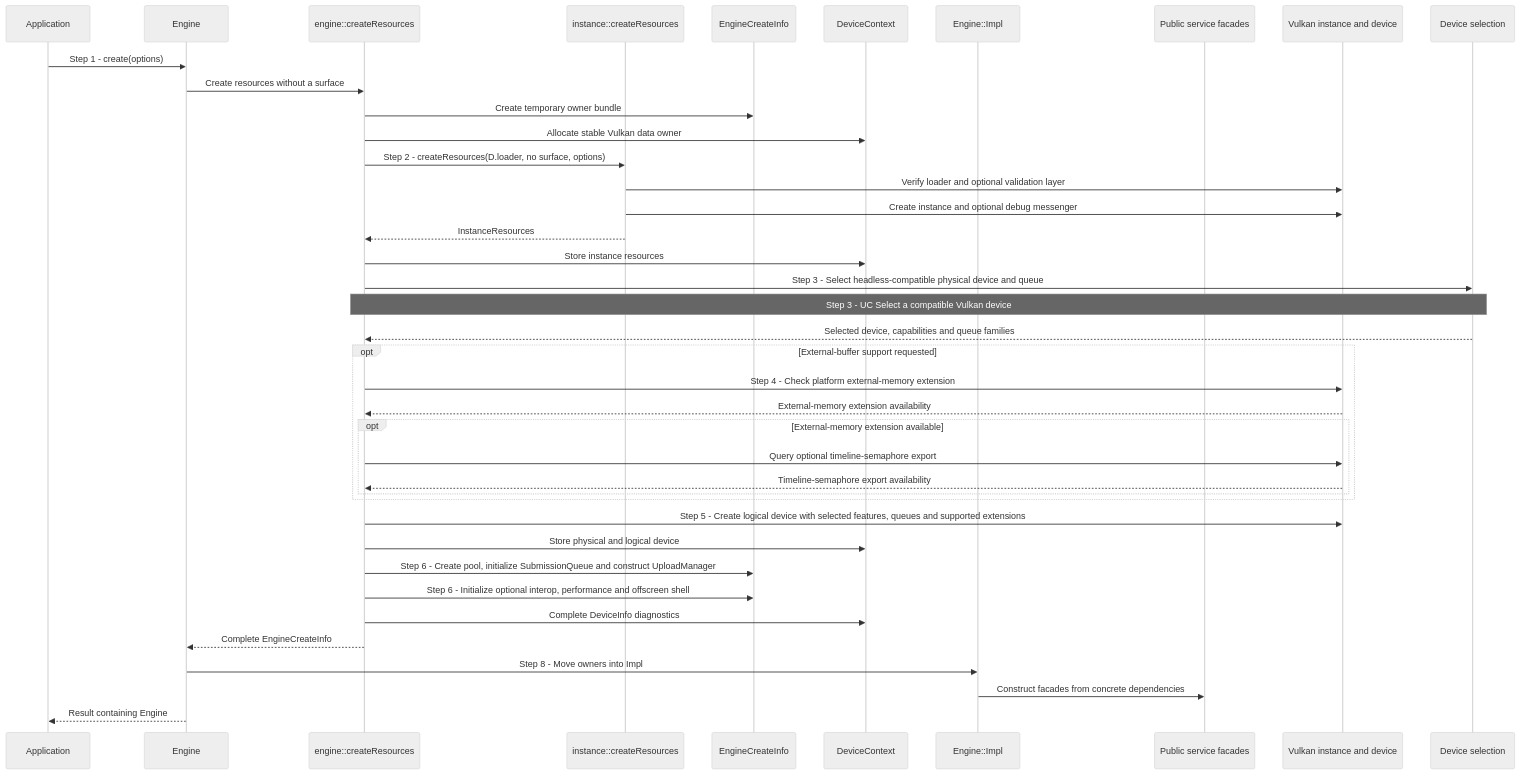
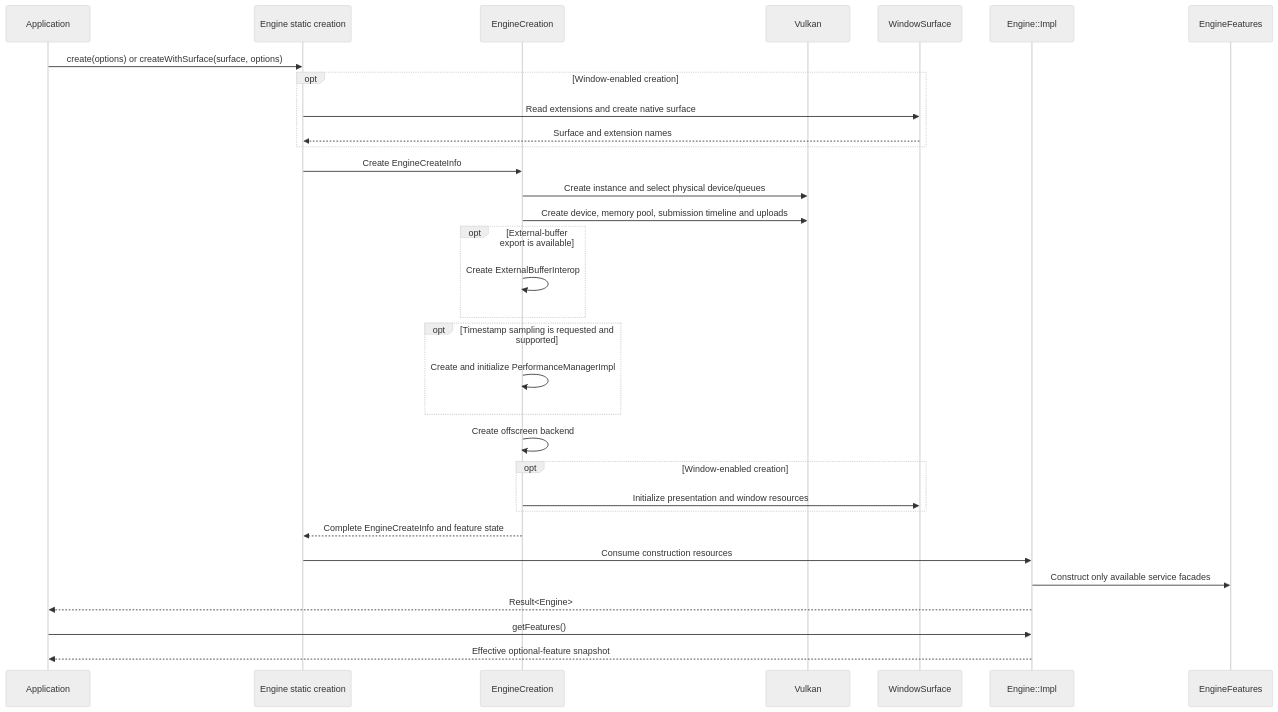
The diagram in docs/use-cases/create-context.md (a-soltysik/Panda), drawn with Mermaid (neutral theme) before and after one commit. The commit also changed other lines of this file and 83 other files, not shown here.

Commit message:
Report optional Engine features and guard unavailable services (#130)

````diff
--- a/docs/use-cases/create-context.md
+++ b/docs/use-cases/create-context.md
@@ -70,42 +62,34 @@
 ```mermaid
 sequenceDiagram
     participant A as Application
-    participant C as Engine
-    participant F as engine::createResources
-    participant X as instance::createResources
-    participant R as EngineCreateInfo
-    participant D as DeviceContext
+    participant E as Engine static creation
+    participant C as EngineCreation
+    participant V as Vulkan
+    participant W as WindowSurface
     participant I as Engine::Impl
-    participant S as Public service facades
-    participant V as Vulkan instance and device
-    participant Q as Device selection
-    A->>C: Step 1 - create(options)
-    C->>F: Create resources without a surface
-    F->>R: Create temporary owner bundle
-    F->>D: Allocate stable Vulkan data owner
-    F->>X: Step 2 - createResources(D.loader, no surface, options)
-    X->>V: Verify loader and optional validation layer
-    X->>V: Create instance and optional debug messenger
-    X-->>F: InstanceResources
-    F->>D: Store instance resources
-    F->>Q: Step 3 - Select headless-compatible physical device and queue
-    Note over F,Q: Step 3 - UC Select a compatible Vulkan device
-    Q-->>F: Selected device, capabilities and queue families
-    opt External-buffer support requested
-        F->>V: Step 4 - Check platform external-memory extension
-        V-->>F: External-memory extension availability
-        opt External-memory extension available
-            F->>V: Query optional timeline-semaphore export
-            V-->>F: Timeline-semaphore export availability
-        end
+    participant F as EngineFeatures
+    A->>E: create(options) or createWithSurface(surface, options)
+    opt Window-enabled creation
+        E->>W: Read extensions and create native surface
+        W-->>E: Surface and extension names
     end
-    F->>V: Step 5 - Create logical device with selected features, queues and supported extensions
-    F->>D: Store physical and logical device
-    F->>R: Step 6 - Create pool, initialize SubmissionQueue and construct UploadManager
-    F->>R: Step 6 - Initialize optional interop, performance and offscreen shell
-    F->>D: Complete DeviceInfo diagnostics
-    F-->>C: Complete EngineCreateInfo
-    C->>I: Step 8 - Move owners into Impl
-    I->>S: Construct facades from concrete dependencies
-    C-->>A: Result containing Engine
+    E->>C: Create EngineCreateInfo
+    C->>V: Create instance and select physical device/queues
+    C->>V: Create device, memory pool, submission timeline and uploads
+    opt External-buffer export is available
+        C->>C: Create ExternalBufferInterop
+    end
+    opt Timestamp sampling is requested and supported
+        C->>C: Create and initialize PerformanceManagerImpl
+    end
+    C->>C: Create offscreen backend
+    opt Window-enabled creation
+        C->>W: Initialize presentation and window resources
+    end
+    C-->>E: Complete EngineCreateInfo and feature state
+    E->>I: Consume construction resources
+    I->>F: Construct only available service facades
+    I-->>A: Result<Engine>
+    A->>I: getFeatures()
+    I-->>A: Effective optional-feature snapshot
 ```
````
